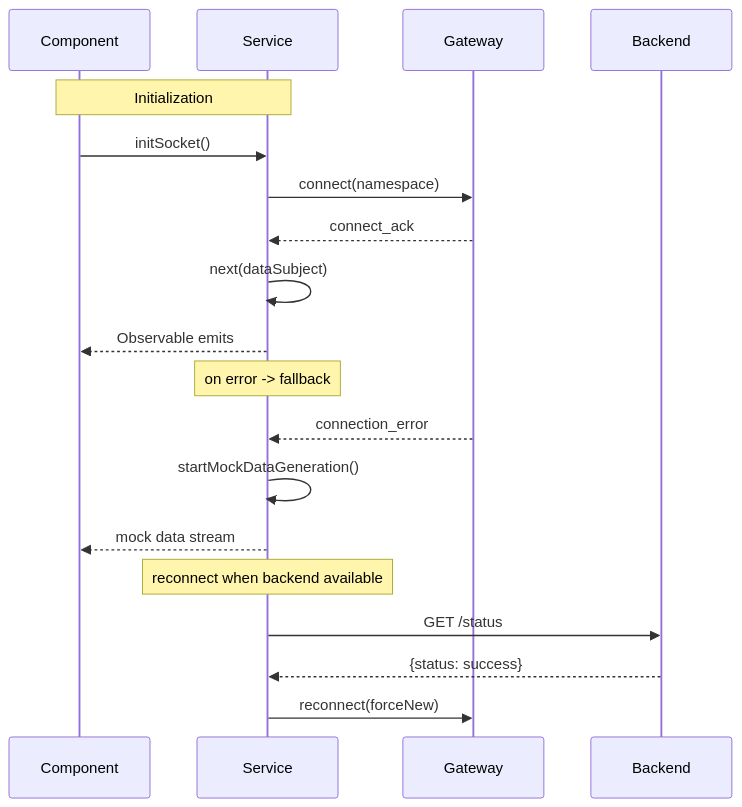
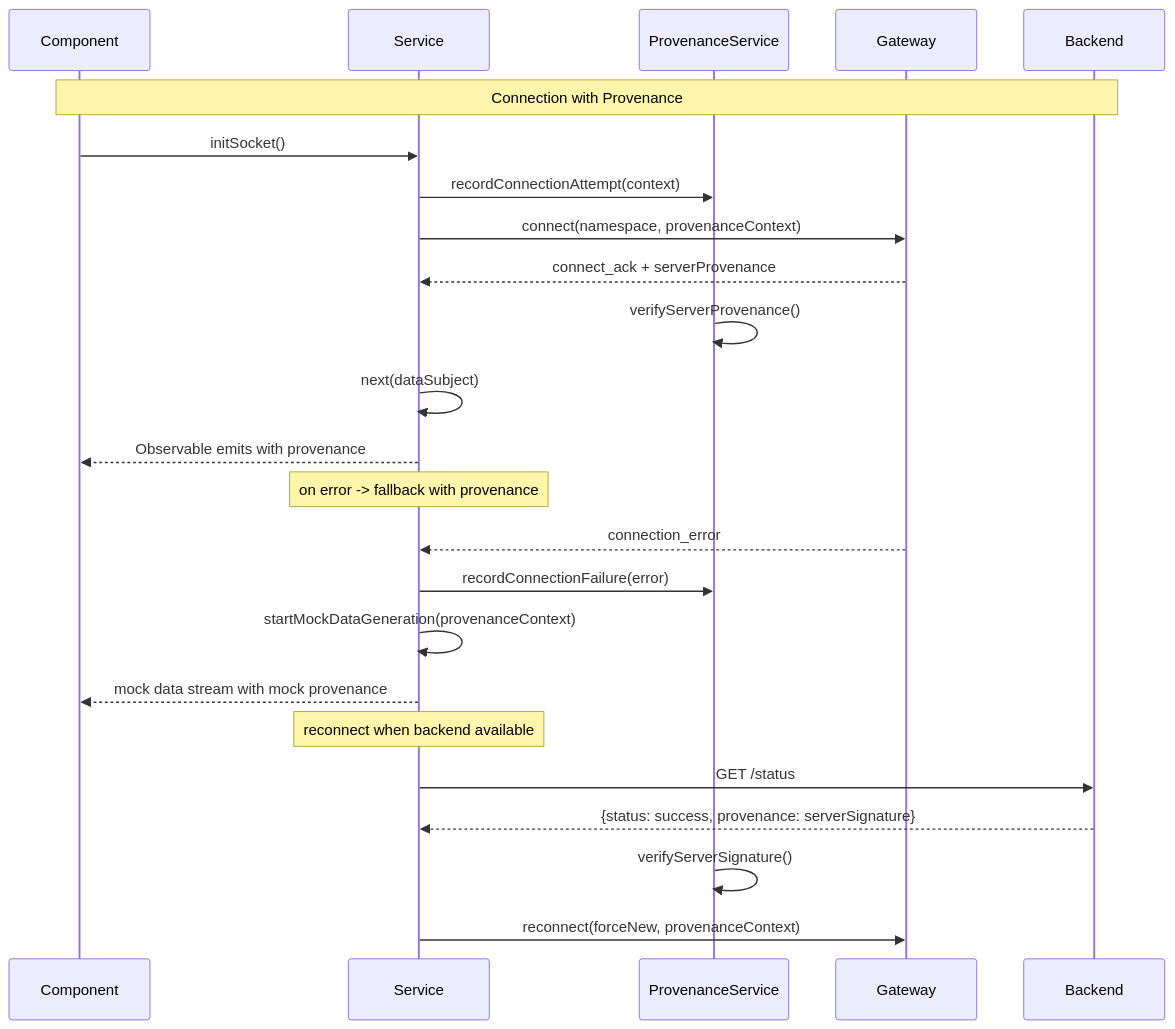
The third of 5 diagrams in forgeboard-frontend/src/assets/documentation/FRONTEND-API-ARCHITECTURE.md (JeffreySanford/forge-board), drawn with Mermaid before and after one commit. The commit also changed other lines of this file and 13 other files, not shown here.

````diff
--- a/forgeboard-frontend/src/assets/documentation/FRONTEND-API-ARCHITECTURE.md
+++ b/forgeboard-frontend/src/assets/documentation/FRONTEND-API-ARCHITECTURE.md
@@ -59,24 +117,29 @@
 ```mermaid
 sequenceDiagram
   participant C as Component
   participant S as Service
+  participant P as ProvenanceService
   participant G as Gateway
   participant B as Backend
 
-  Note over C,S: Initialization
+  Note over C,B: Connection with Provenance
   C->>S: initSocket()
-  S->>G: connect(namespace)
-  G-->>S: connect_ack
+  S->>P: recordConnectionAttempt(context)
+  S->>G: connect(namespace, provenanceContext)
+  G-->>S: connect_ack + serverProvenance
+  P->>P: verifyServerProvenance()
   S->>S: next(dataSubject)
-  S-->>C: Observable emits
+  S-->>C: Observable emits with provenance
 
-  Note over S: on error -> fallback
+  Note over S: on error -> fallback with provenance
   G-->>S: connection_error
-  S->>S: startMockDataGeneration()
-  S-->>C: mock data stream
+  S->>P: recordConnectionFailure(error)
+  S->>S: startMockDataGeneration(provenanceContext)
+  S-->>C: mock data stream with mock provenance
 
   Note over S: reconnect when backend available
   S->>B: GET /status
-  B-->>S: {status: success}
-  S->>G: reconnect(forceNew)
+  B-->>S: {status: success, provenance: serverSignature}
+  P->>P: verifyServerSignature()
+  S->>G: reconnect(forceNew, provenanceContext)
 ```
````
